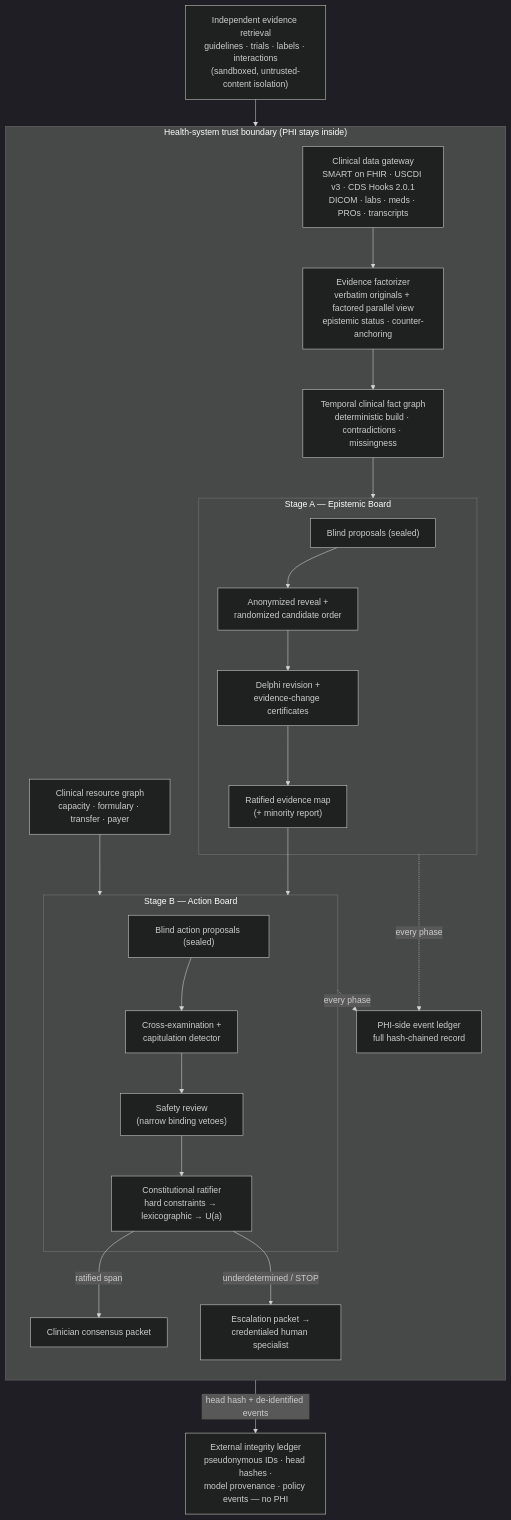
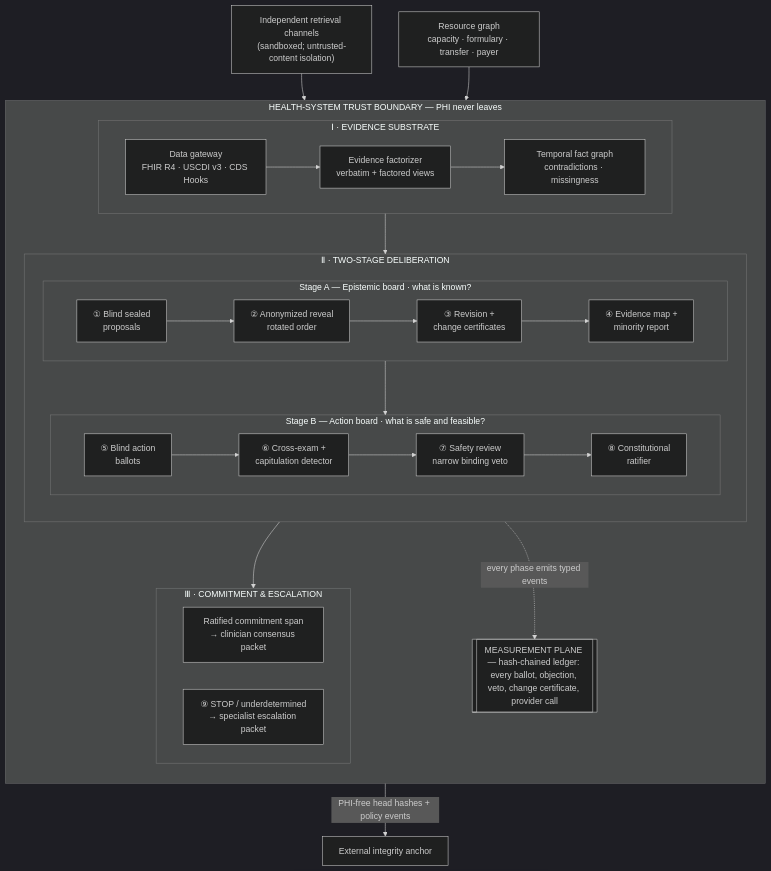
One commit to pazare/tribunal changed the diagram in docs/clinical/tribunal-clinical-brief.md. Above: the diagram before and after it, drawn with Mermaid (dark theme). The commit also changed other lines of this file and 2 other files, not shown here.

Commit message:
docs: Krishnan meeting kit — rebuilt diagram, 5-minute script, briefing slides
- Rebuild the §8 architecture diagram: three planes, nine numbered phases
  matching the §2 phase model, measurement plane drawn as infrastructure
- Add docs/clinical/krishnan-script.md: verbatim ~4.5-minute script with
  timeboxes, three priority asks, contingency table, and listen-for notes
- Add docs/clinical/krishnan-slides.html: self-contained 7-slide deck
  (problem / solution: mechanism, architecture, economics / rigor / next
  steps), light+dark themes, keyboard nav, print-ready; stat tiles carry
  the Scopus-sourced impact figures with citations

Claude-Session: https://claude.ai/code/session_01GDX6BeHBL6GGJis6Gib6VU

````diff
--- a/docs/clinical/tribunal-clinical-brief.md
+++ b/docs/clinical/tribunal-clinical-brief.md
@@ -484,35 +484,38 @@
 ```mermaid
 flowchart TB
-    subgraph BOUNDARY["Health-system trust boundary (PHI stays inside)"]
+    subgraph BOUNDARY["HEALTH-SYSTEM TRUST BOUNDARY — PHI never leaves"]
         direction TB
-        GW["Clinical data gateway<br/>SMART on FHIR · USCDI v3 · CDS Hooks 2.0.1<br/>DICOM · labs · meds · PROs · transcripts"]
-        FACT["Evidence factorizer<br/>verbatim originals + factored parallel view<br/>epistemic status · counter-anchoring"]
-        GRAPH["Temporal clinical fact graph<br/>deterministic build · contradictions · missingness"]
-        RES["Clinical resource graph<br/>capacity · formulary · transfer · payer"]
 
-        subgraph STAGEA["Stage A — Epistemic Board"]
-            A1["Blind proposals (sealed)"] --> A2["Anonymized reveal +<br/>randomized candidate order"]
-            A2 --> A3["Delphi revision +<br/>evidence-change certificates"]
-            A3 --> A4["Ratified evidence map<br/>(+ minority report)"]
+        subgraph PLANE1["Ⅰ · EVIDENCE SUBSTRATE"]
+            direction LR
+            GW["Data gateway<br/>FHIR R4 · USCDI v3 · CDS Hooks"] --> FZ["Evidence factorizer<br/>verbatim + factored views"] --> FG["Temporal fact graph<br/>contradictions · missingness"]
         end
 
-        subgraph STAGEB["Stage B — Action Board"]
-            B1["Blind action proposals (sealed)"] --> B2["Cross-examination +<br/>capitulation detector"]
-            B2 --> B3["Safety review<br/>(narrow binding vetoes)"]
-            B3 --> B4["Constitutional ratifier<br/>hard constraints → lexicographic → U(a)"]
+        subgraph PLANE2["Ⅱ · TWO-STAGE DELIBERATION"]
+            direction TB
+            subgraph SA["Stage A — Epistemic board · what is known?"]
+                direction LR
+                A1["① Blind sealed<br/>proposals"] --> A2["② Anonymized reveal<br/>rotated order"] --> A3["③ Revision +<br/>change certificates"] --> A4["④ Evidence map +<br/>minority report"]
+            end
+            subgraph SB["Stage B — Action board · what is safe and feasible?"]
+                direction LR
+                B1["⑤ Blind action<br/>ballots"] --> B2["⑥ Cross-exam +<br/>capitulation detector"] --> B3["⑦ Safety review<br/>narrow binding veto"] --> B4["⑧ Constitutional<br/>ratifier"]
+            end
+            SA --> SB
         end
 
-        GW --> FACT --> GRAPH --> STAGEA
-        RES --> STAGEB
-        A4 --> STAGEB
-        B4 -->|ratified span| PACK["Clinician consensus packet"]
-        B4 -->|underdetermined / STOP| ESC["Escalation packet →<br/>credentialed human specialist"]
-        LEDGER["PHI-side event ledger<br/>full hash-chained record"]
-        STAGEA -.every phase.-> LEDGER
-        STAGEB -.every phase.-> LEDGER
+        subgraph PLANE3["Ⅲ · COMMITMENT & ESCALATION"]
+            direction LR
+            OK["Ratified commitment span<br/>→ clinician consensus packet"]
+            ND["⑨ STOP / underdetermined<br/>→ specialist escalation packet"]
+        end
+
+        PLANE1 --> PLANE2 --> PLANE3
+        LED[["MEASUREMENT PLANE — hash-chained ledger: every ballot, objection, veto, change certificate, provider call"]]
+        PLANE2 -. every phase emits typed events .-> LED
     end
 
-    RETR["Independent evidence retrieval<br/>guidelines · trials · labels · interactions<br/>(sandboxed, untrusted-content isolation)"] --> STAGEA
-    ANCHOR["External integrity ledger<br/>pseudonymous IDs · head hashes ·<br/>model provenance · policy events — no PHI"]
-    LEDGER -->|head hash + de-identified events| ANCHOR
+    RET["Independent retrieval channels<br/>(sandboxed; untrusted-content isolation)"] --> SA
+    RG["Resource graph<br/>capacity · formulary · transfer · payer"] --> SB
+    LED -- "PHI-free head hashes + policy events" --> ANCH["External integrity anchor"]
 ```
````
